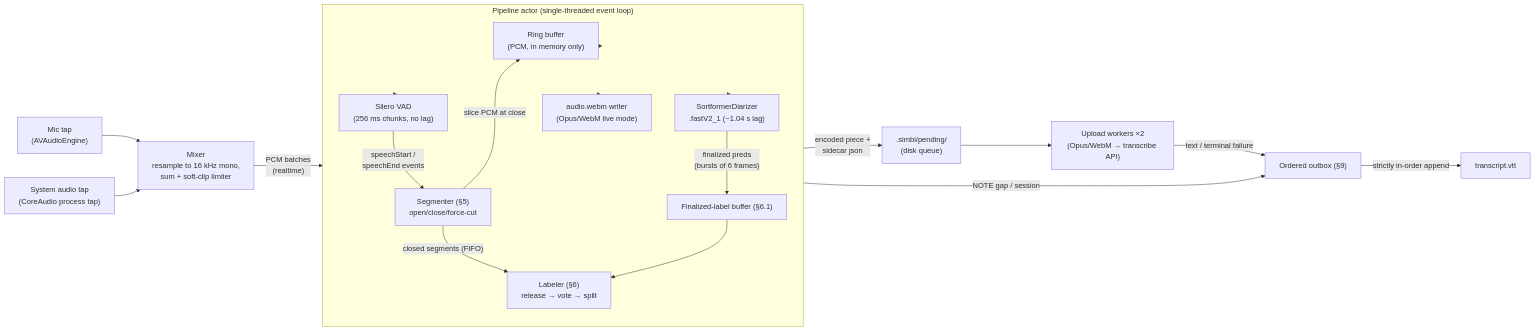
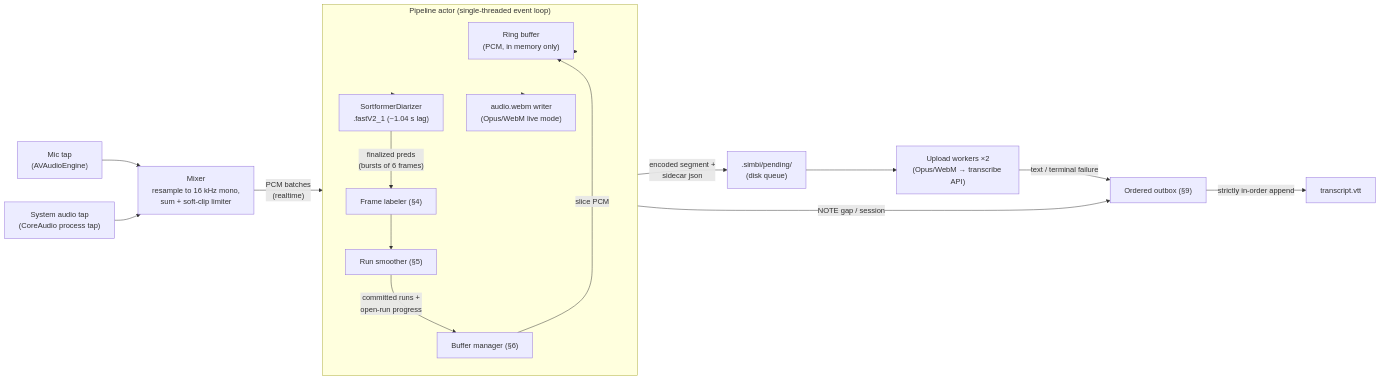
One commit to predict-woo/simbi changed the first of 3 diagrams in docs/recording-algorithm.md. Above: the diagram before and after it, drawn with Mermaid. The commit also changed other lines of this file, not shown here.

````diff
--- a/docs/recording-algorithm.md
+++ b/docs/recording-algorithm.md
@@ -224,28 +131,25 @@
 ```mermaid
 flowchart LR
     MIC["Mic tap\n(AVAudioEngine)"] --> MIX
     SYS["System audio tap\n(CoreAudio process tap)"] --> MIX
     MIX["Mixer\nresample to 16 kHz mono,\nsum + soft-clip limiter"] -->|"PCM batches\n(realtime)"| PA
 
     subgraph PA["Pipeline actor (single-threaded event loop)"]
         direction TB
         RING["Ring buffer\n(PCM, in memory only)"]
         WEBM["audio.webm writer\n(Opus/WebM live mode)"]
-        VAD["Silero VAD\n(256 ms chunks, no lag)"]
-        SEG["Segmenter (§5)\nopen/close/force-cut"]
         DIA["SortformerDiarizer\n.fastV2_1 (~1.04 s lag)"]
-        LBUF["Finalized-label buffer (§6.1)"]
-        LAB["Labeler (§6)\nrelease → vote → split"]
-        VAD -->|"speechStart /\nspeechEnd events"| SEG
-        SEG -->|"slice PCM at close"| RING
-        SEG -->|"closed segments (FIFO)"| LAB
-        DIA -->|"finalized preds\n(bursts of 6 frames)"| LBUF --> LAB
+        LAB["Frame labeler (§4)"]
+        SMO["Run smoother (§5)"]
+        BUF["Buffer manager (§6)"]
+        DIA -->|"finalized preds\n(bursts of 6 frames)"| LAB --> SMO -->|"committed runs +\nopen-run progress"| BUF
+        BUF -->|"slice PCM"| RING
     end
 
-    PA --> RING & WEBM & VAD & DIA
-    LAB -->|"encoded piece +\nsidecar json"| PEND[".simbi/pending/\n(disk queue)"]
+    PA --> RING & WEBM & DIA
+    BUF -->|"encoded segment +\nsidecar json"| PEND[".simbi/pending/\n(disk queue)"]
     PEND --> UP["Upload workers ×2\n(Opus/WebM → transcribe API)"]
     UP -->|"text / terminal failure"| OUTBOX["Ordered outbox (§9)"]
-    LAB -->|"NOTE gap / session"| OUTBOX
+    BUF -->|"NOTE gap / session"| OUTBOX
     OUTBOX -->|"strictly in-order append"| VTT["transcript.vtt"]
 ```
````
